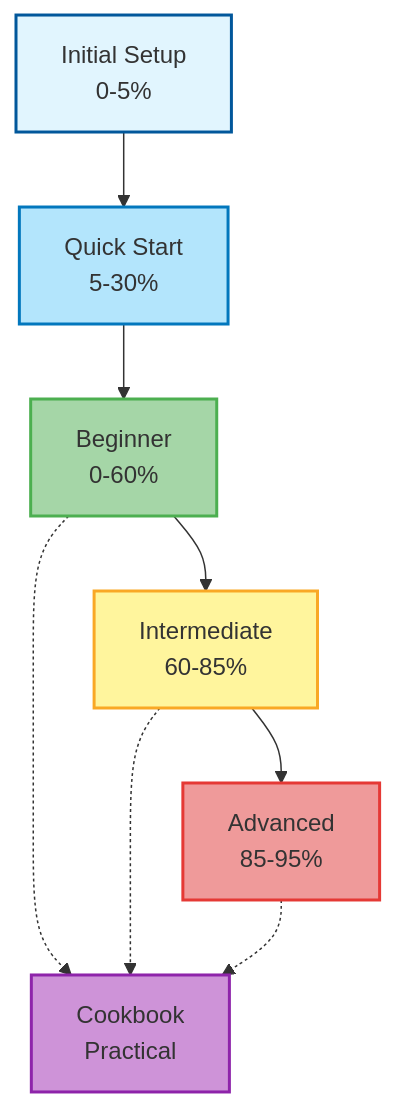
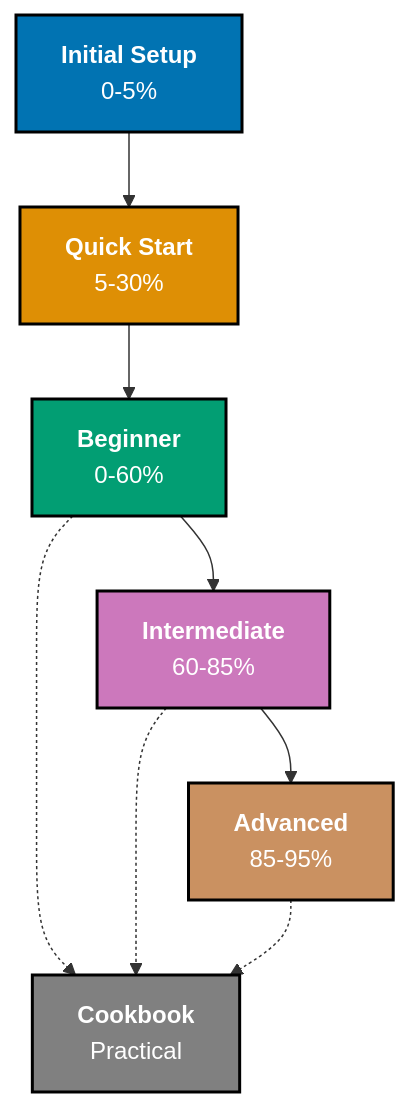
The first of 2 diagrams in docs/explanation/conventions/ex-co__tutorial-naming.md (wahidyankf/open-sharia-enterprise), drawn with Mermaid before and after one commit. The commit also changed other lines of this file and 22 other files, not shown here.

First line of the commit message:
docs(diagrams): ensure all mermaid diagrams use color-blind friendly palette

````diff
--- a/docs/explanation/conventions/ex-co__tutorial-naming.md
+++ b/docs/explanation/conventions/ex-co__tutorial-naming.md
@@ -30,25 +30,26 @@
 ```mermaid
+%% Color palette: Blue #0173B2, Orange #DE8F05, Teal #029E73, Purple #CC78BC, Brown #CA9161
 graph TB
-	A[Initial Setup<br/>0-5%]
-	B[Quick Start<br/>5-30%]
-	C[Beginner<br/>0-60%]
-	D[Intermediate<br/>60-85%]
-	E[Advanced<br/>85-95%]
-	F[Cookbook<br/>Practical]
+	A["<b>Initial Setup</b><br/>0-5%"]
+	B["<b>Quick Start</b><br/>5-30%"]
+	C["<b>Beginner</b><br/>0-60%"]
+	D["<b>Intermediate</b><br/>60-85%"]
+	E["<b>Advanced</b><br/>85-95%"]
+	F["<b>Cookbook</b><br/>Practical"]
 
 	A --> B
 	B --> C
 	C --> D
 	D --> E
 
 	C -.-> F
 	D -.-> F
 	E -.-> F
 
-	style A fill:#e1f5fe,stroke:#01579b,stroke-width:2px
-	style B fill:#b3e5fc,stroke:#0277bd,stroke-width:2px
-	style C fill:#a5d6a7,stroke:#4caf50,stroke-width:2px
-	style D fill:#fff59d,stroke:#f9a825,stroke-width:2px
-	style E fill:#ef9a9a,stroke:#e53935,stroke-width:2px
-	style F fill:#ce93d8,stroke:#8e24aa,stroke-width:2px
+	style A fill:#0173B2,stroke:#000000,color:#FFFFFF,stroke-width:2px
+	style B fill:#DE8F05,stroke:#000000,color:#FFFFFF,stroke-width:2px
+	style C fill:#029E73,stroke:#000000,color:#FFFFFF,stroke-width:2px
+	style D fill:#CC78BC,stroke:#000000,color:#FFFFFF,stroke-width:2px
+	style E fill:#CA9161,stroke:#000000,color:#FFFFFF,stroke-width:2px
+	style F fill:#808080,stroke:#000000,color:#FFFFFF,stroke-width:2px
 ```
````
